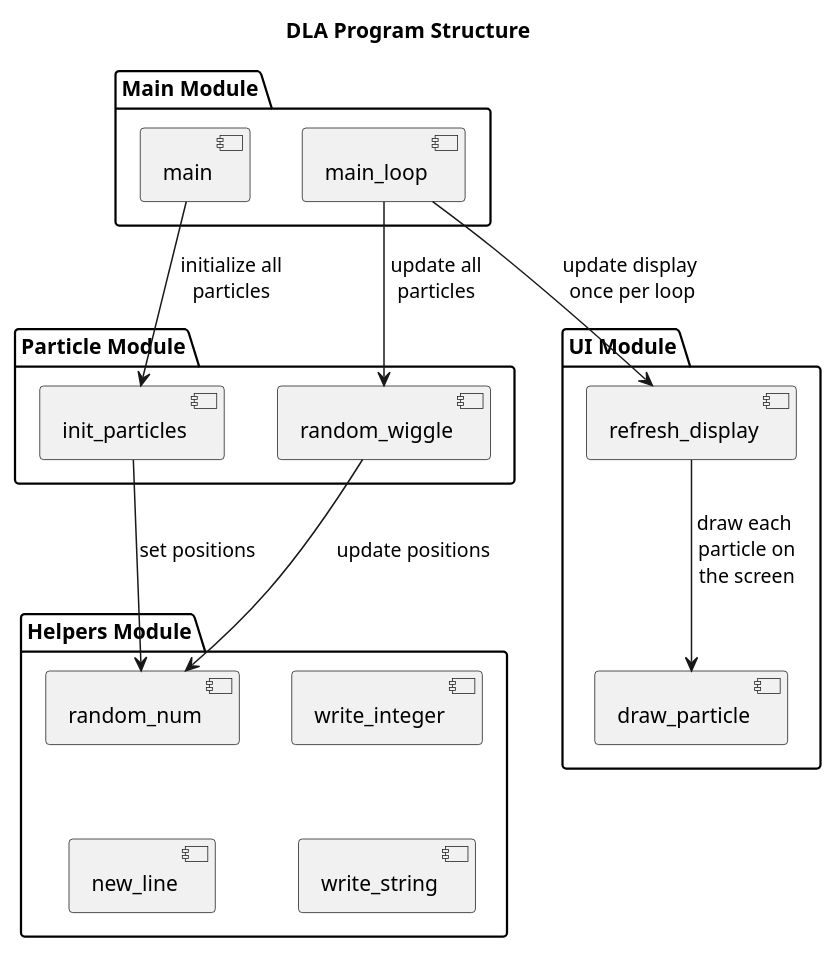
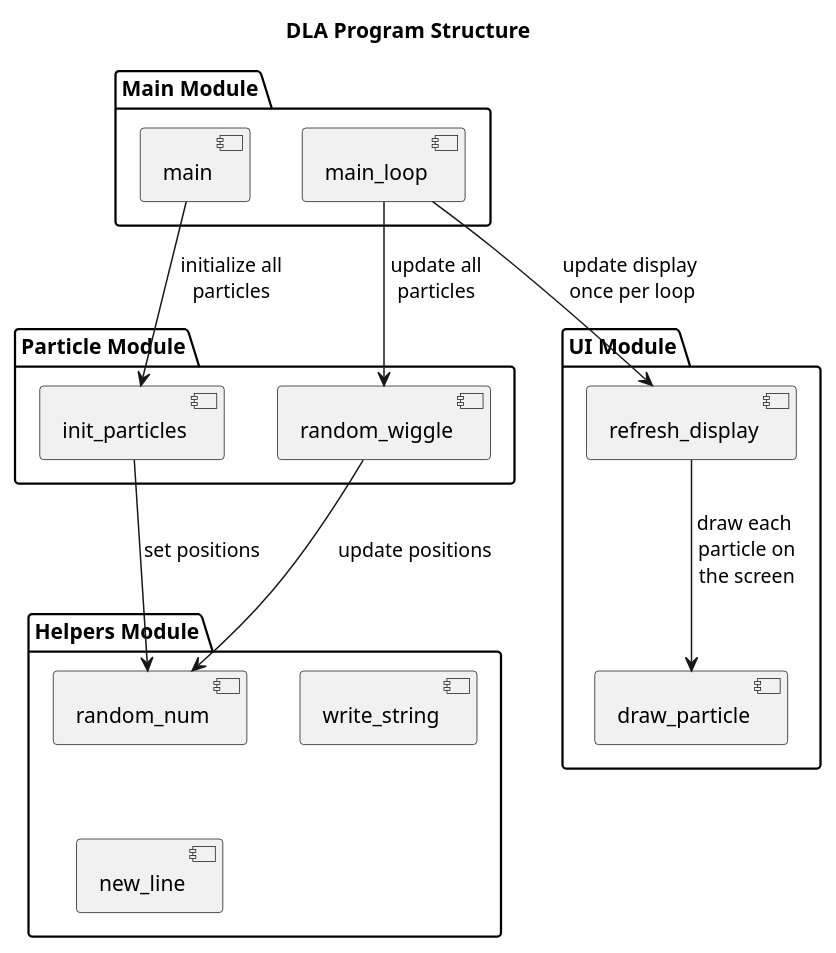
The diagram in diagrams/structure.puml (travisformayor/assembly_dla), drawn with PlantUML before and after one commit. The commit also changed 3 other files, not shown here.

Commit message:
remove write_integer function

```diff
--- a/diagrams/structure.puml
+++ b/diagrams/structure.puml
@@ -1,45 +1,43 @@
 @startuml Structure
 
 title "DLA Program Structure"
 
 together {
   package "Main Module" {
     [main_loop]
     [main]
   }
   
   package "Particle Module" {
     [init_particles]
     [random_wiggle]
   }
   
   package "Helpers Module" {
-      [write_integer]
       [write_string]
       [random_num]
       [new_line]
   }
 }
 
 package "UI Module" {
   [refresh_display]
   [draw_particle]
 }
 
 ' Main Connections
 main --> init_particles : " initialize all\n particles"
 main_loop --> random_wiggle : " update all\n particles"
 main_loop --> refresh_display : "update display\n once per loop"
 
 ' Particle Connections
 init_particles --> random_num : "set positions"
 random_wiggle --> random_num : " update positions"
 
 ' UI Connections
 refresh_display --> draw_particle : "draw each\n particle on\n the screen"
 
 ' Helpers Connections
-write_integer -[Hidden]- write_string
 random_num -[Hidden]- new_line
 
 @enduml
```
